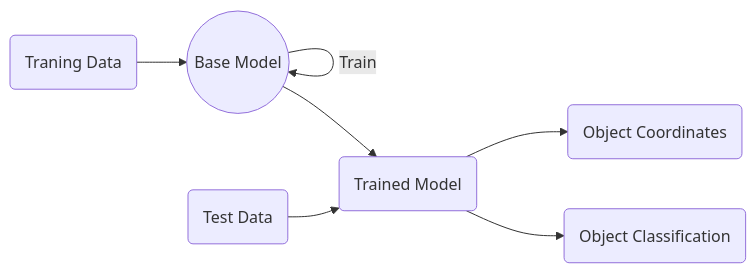
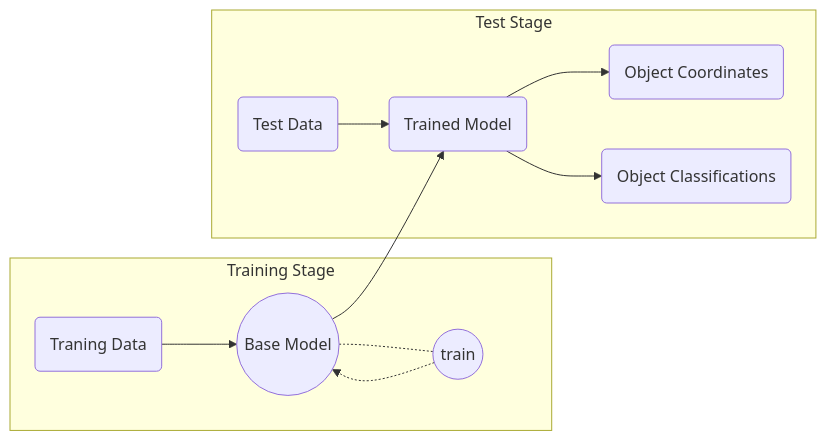
One commit to nalkael/object-detect changed the diagram in README.md. Above: the diagram before and after it, drawn with Mermaid. The commit also changed other lines of this file, not shown here.

````diff
--- a/README.md
+++ b/README.md
@@ -7,10 +12,14 @@
 ```mermaid
 graph LR
+subgraph Training Stage
 A(Traning Data) 
 A --> B((Base Model))
-B -- Train --> B
+B -.- C((train)) -.-> B
+end
 B --> D(Trained Model)
+subgraph Test Stage
 E(Test Data) --> D
 D --> F(Object Coordinates)
-D --> G(Object Classification)
+D --> G(Object Classifications)
+end
 ```
````
